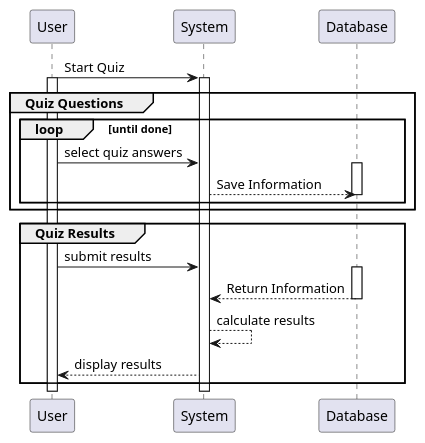
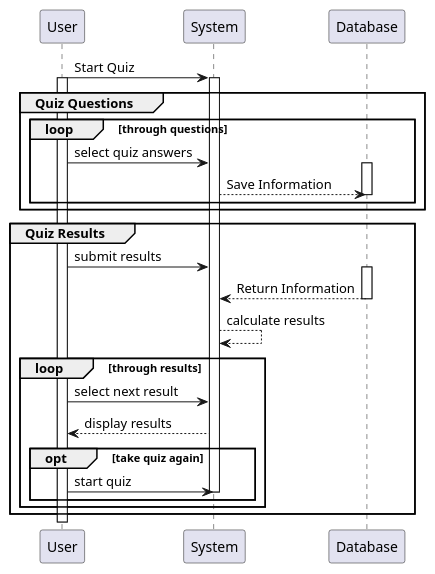
Before and after one commit to onmurphy/AndroidTermProject: the diagram in app/UML/SSD/SSDQuestions.puml, drawn with PlantUML. The commit also changed 6 other files, not shown here.

```diff
--- a/app/UML/SSD/SSDQuestions.puml
+++ b/app/UML/SSD/SSDQuestions.puml
@@ -1,26 +1,32 @@
 @startuml
 User -> System : Start Quiz
 activate User
 activate System
 group Quiz Questions
-loop until done
+loop through questions
 User -> System : select quiz answers
 activate Database
 System --> Database: Save Information
 deactivate Database
 end
 end
 
 group Quiz Results
 User -> System: submit results
 activate Database
 Database --> System: Return Information
 deactivate Database
 System --> System: calculate results
+loop through results
+User -> System: select next result
 System --> User: display results
-
+opt take quiz again
+User -> System: start quiz
+deactivate System
+end
+end
 end
 
 
 
 @enduml
```
